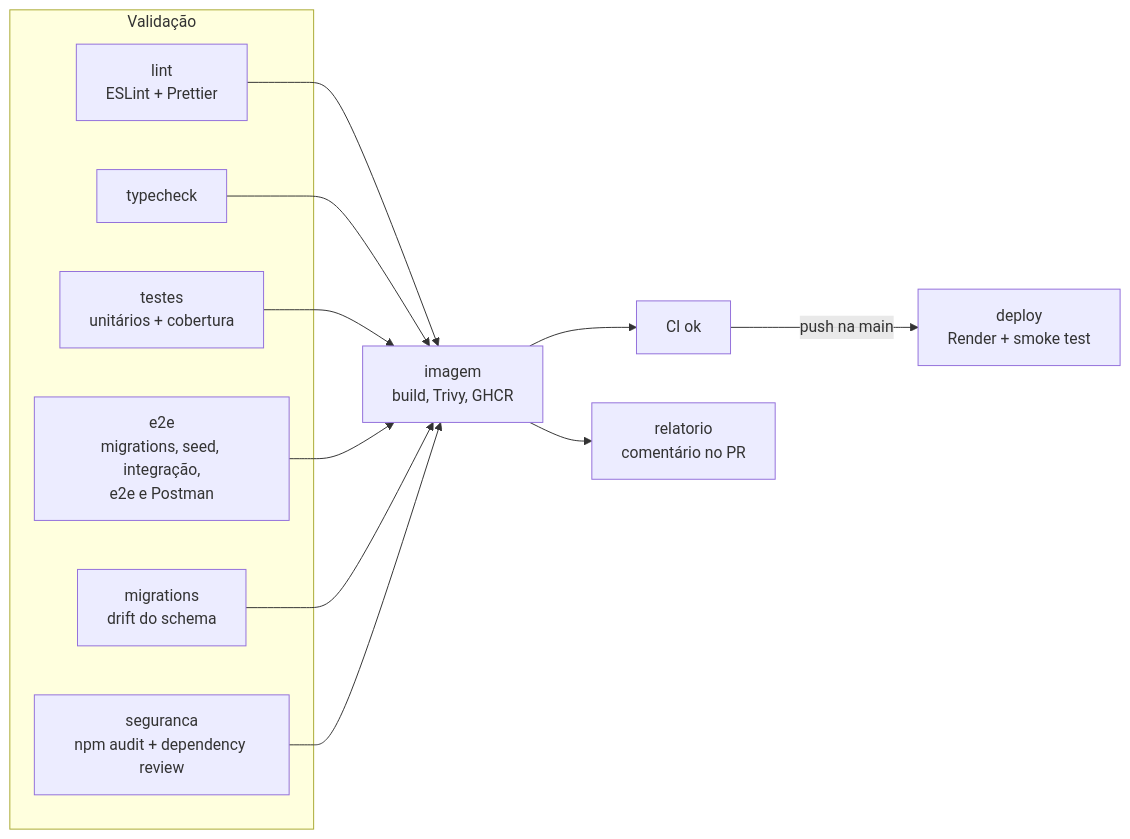
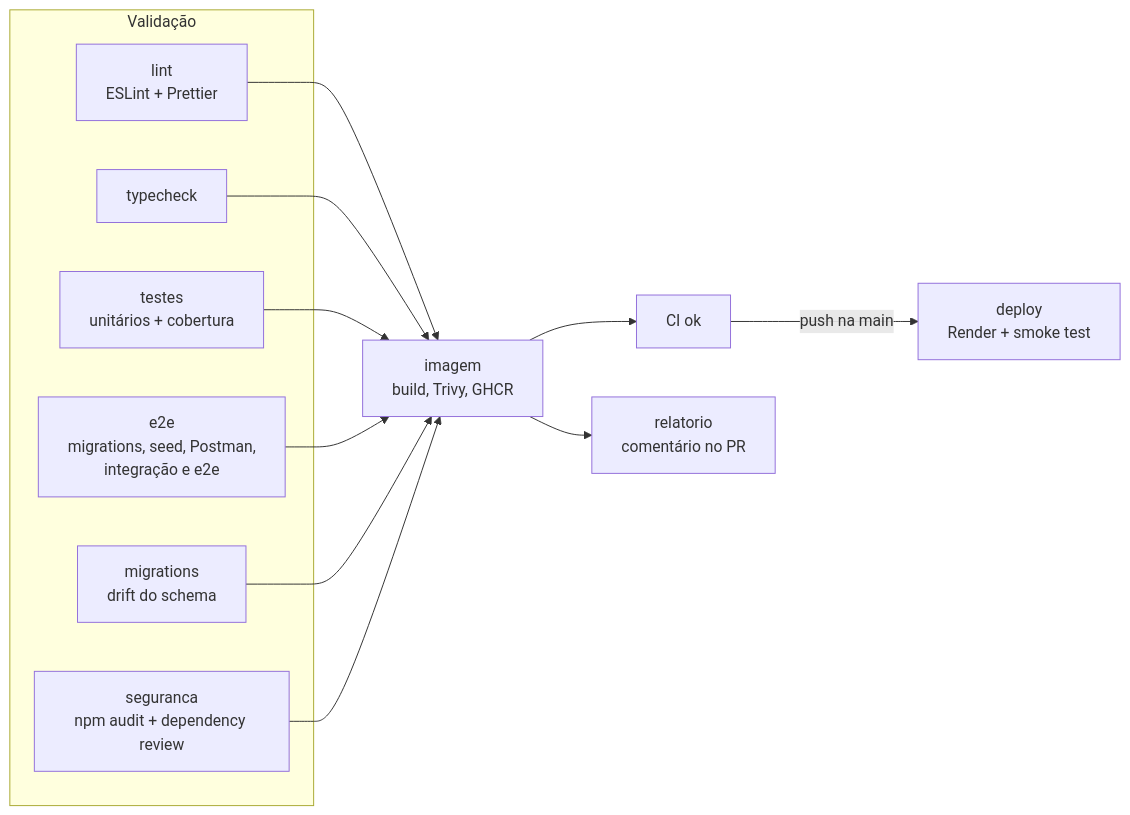
Before and after one commit to VemVindo/docs: the first of 2 diagrams in docs/qualidade/pipeline-ci-cd.md, drawn with Mermaid. The commit also changed other lines of this file and 1 other file, not shown here.

Commit message:
docs: atualiza testes e pipeline

````diff
--- a/docs/qualidade/pipeline-ci-cd.md
+++ b/docs/qualidade/pipeline-ci-cd.md
@@ -21,15 +21,15 @@
 ```mermaid
 graph LR
   subgraph Validação
     L[lint<br/>ESLint + Prettier]
     T[typecheck]
     U[testes<br/>unitários + cobertura]
-    E[e2e<br/>migrations, seed, integração,<br/>e2e e Postman]
+    E[e2e<br/>migrations, seed, Postman,<br/>integração e e2e]
     M[migrations<br/>drift do schema]
     S[seguranca<br/>npm audit + dependency review]
   end
   L & T & U & E & M & S --> I[imagem<br/>build, Trivy, GHCR]
   I --> OK[CI ok]
   I --> R[relatorio<br/>comentário no PR]
   OK -->|push na main| D[deploy<br/>Render + smoke test]
 ```
````
